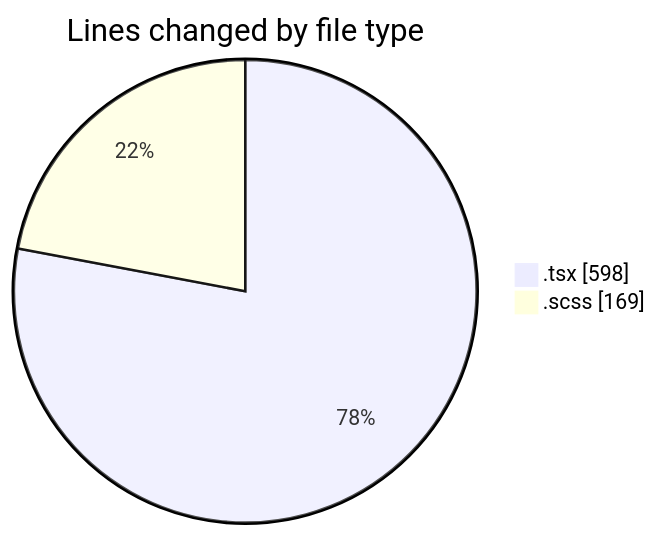
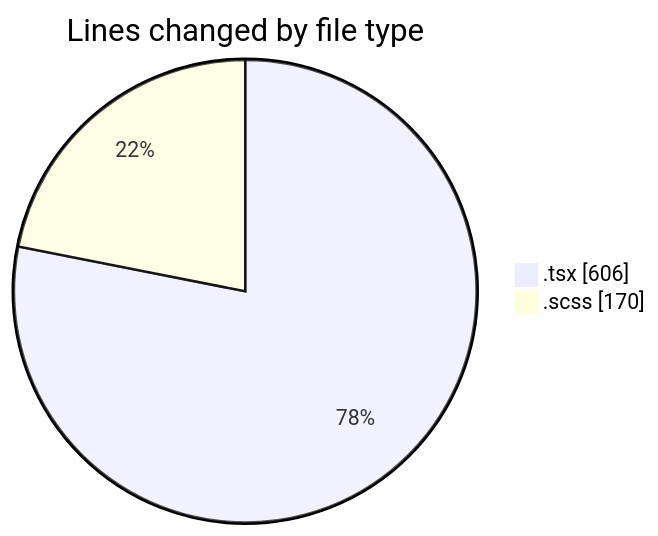
One commit to momahboobian/code-tracking changed the first of 2 diagrams in 2026-04-16/cda/README.md. Above: the diagram before and after it, drawn with Mermaid. The commit also changed other lines of this file and 1 other file, not shown here.

````diff
--- a/2026-04-16/cda/README.md
+++ b/2026-04-16/cda/README.md
@@ -23,6 +23,6 @@
 ```mermaid
 pie showData
 title Lines changed by file type
-".tsx" : 598
-".scss" : 169
+".tsx" : 606
+".scss" : 170
 ```
````
